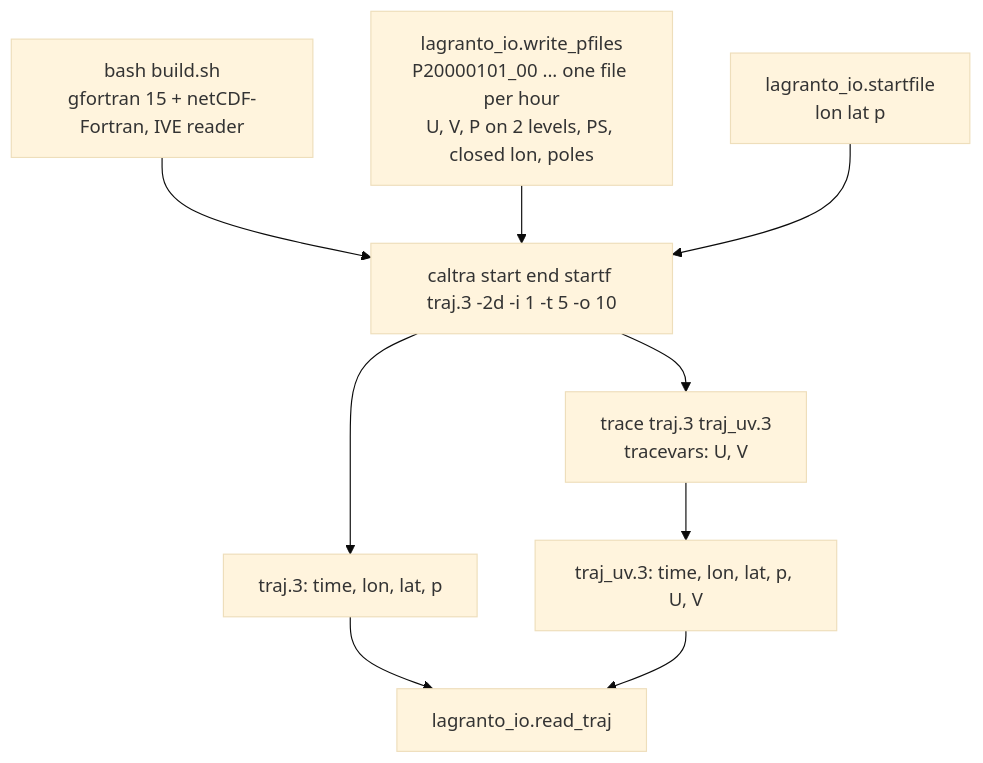
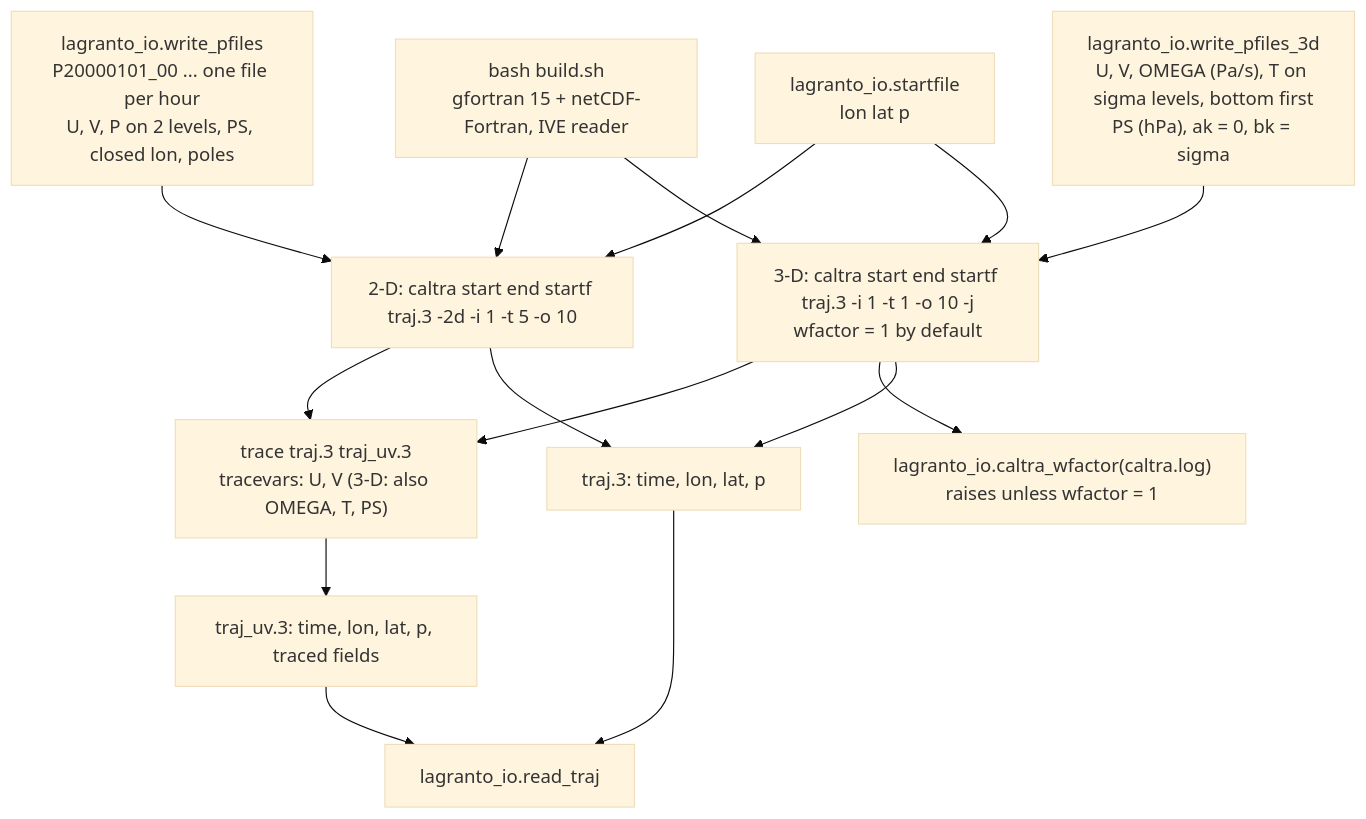
Before and after one commit to yanxingjianken/ki-lagrangian-tracks: the diagram in lagranto/README.md, drawn with Mermaid (base theme). The commit also changed other lines of this file and 17 other files, not shown here.

First line of the commit message:
01_bve test movies; LAGRANTO full 3-D trajectories from sigma levels

````diff
--- a/lagranto/README.md
+++ b/lagranto/README.md
@@ -157,11 +277,17 @@
 ```mermaid
 graph TD
     A["bash build.sh<br/>gfortran 15 + netCDF-Fortran, IVE reader"] --> C
+    A --> C3
     B["lagranto_io.write_pfiles<br/>P20000101_00 ... one file per hour<br/>U, V, P on 2 levels, PS, closed lon, poles"] --> C
+    B3["lagranto_io.write_pfiles_3d<br/>U, V, OMEGA (Pa/s), T on sigma levels, bottom first<br/>PS (hPa), ak = 0, bk = sigma"] --> C3
     S["lagranto_io.startfile<br/>lon lat p"] --> C
-    C["caltra start end startf traj.3 -2d -i 1 -t 5 -o 10"] --> T
+    S --> C3
+    C["2-D: caltra start end startf traj.3 -2d -i 1 -t 5 -o 10"] --> T
+    C3["3-D: caltra start end startf traj.3 -i 1 -t 1 -o 10 -j<br/>wfactor = 1 by default"] --> T
+    C3 --> W["lagranto_io.caltra_wfactor(caltra.log)<br/>raises unless wfactor = 1"]
     C --> F["traj.3: time, lon, lat, p"]
-    T["trace traj.3 traj_uv.3<br/>tracevars: U, V"] --> G["traj_uv.3: time, lon, lat, p, U, V"]
+    C3 --> F
+    T["trace traj.3 traj_uv.3<br/>tracevars: U, V (3-D: also OMEGA, T, PS)"] --> G["traj_uv.3: time, lon, lat, p, traced fields"]
     F --> R["lagranto_io.read_traj"]
     G --> R
 ```
````
